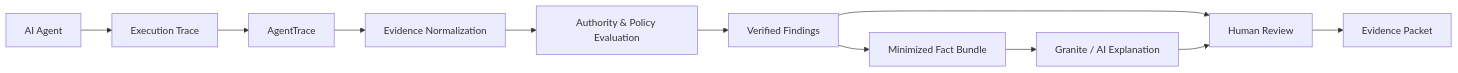
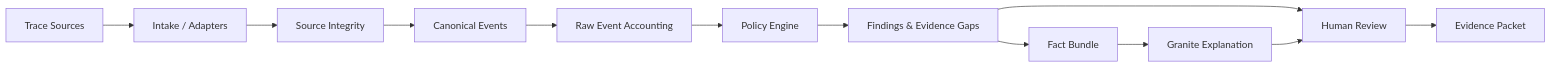
The diagram in README.md (Nithin-Bhargav-07/AgentTrace), drawn with Mermaid before and after one commit. The commit also changed other lines of this file, not shown here.

````diff
--- a/README.md
+++ b/README.md
@@ -150,13 +239,14 @@
 ```mermaid
 flowchart LR
-    A[AI Agent] --> B[Execution Trace]
-    B --> C[AgentTrace]
-    C --> D[Evidence Normalization]
-    D --> E[Authority & Policy Evaluation]
-    E --> F[Verified Findings]
-    F --> G[Minimized Fact Bundle]
-    G --> H[Granite / AI Explanation]
-    F --> I[Human Review]
-    H --> I
-    I --> J[Evidence Packet]
+    A[Trace Sources] --> B[Intake / Adapters]
+    B --> C[Source Integrity]
+    C --> D[Canonical Events]
+    D --> E[Raw Event Accounting]
+    E --> F[Policy Engine]
+    F --> G[Findings & Evidence Gaps]
+    G --> H[Fact Bundle]
+    H --> I[Granite Explanation]
+    G --> J[Human Review]
+    I --> J
+    J --> K[Evidence Packet]
 ```
````
